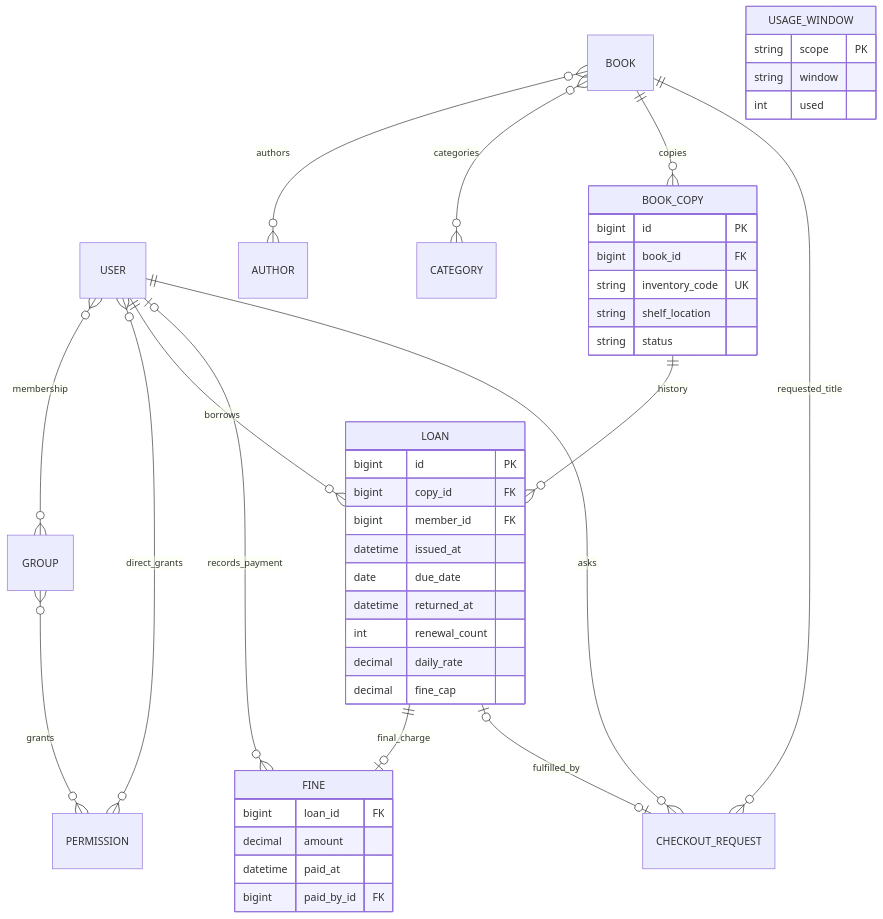
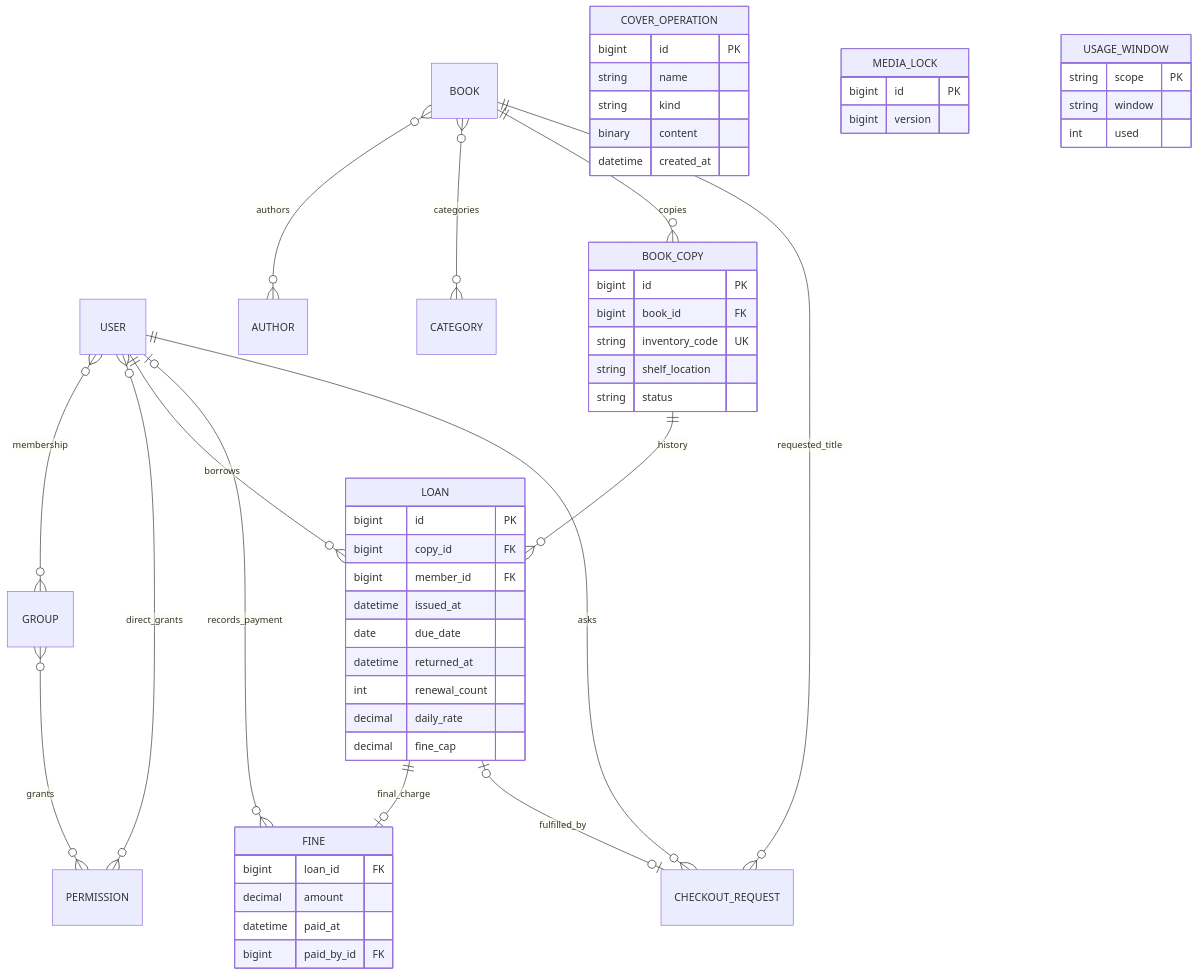
Before and after one commit to Aysimacil/library-management-system: the diagram in docs/er-diagram.md, drawn with Mermaid. The commit also changed other lines of this file and 2 other files, not shown here.

Commit message:
fix: constrain persistent cover queue entries and document storage schema

````diff
--- a/docs/er-diagram.md
+++ b/docs/er-diagram.md
@@ -3,45 +3,56 @@
 ```mermaid
 erDiagram
     USER }o--o{ GROUP : membership
     GROUP }o--o{ PERMISSION : grants
     USER }o--o{ PERMISSION : direct_grants
     BOOK }o--o{ AUTHOR : authors
     BOOK }o--o{ CATEGORY : categories
     BOOK ||--o{ BOOK_COPY : copies
     USER ||--o{ LOAN : borrows
     BOOK_COPY ||--o{ LOAN : history
     LOAN ||--o| FINE : final_charge
     USER o|--o{ FINE : records_payment
     USER ||--o{ CHECKOUT_REQUEST : asks
     BOOK ||--o{ CHECKOUT_REQUEST : requested_title
     LOAN o|--o| CHECKOUT_REQUEST : fulfilled_by
     BOOK_COPY {
         bigint id PK
         bigint book_id FK
         string inventory_code UK
         string shelf_location
         string status
     }
     LOAN {
         bigint id PK
         bigint copy_id FK
         bigint member_id FK
         datetime issued_at
         date due_date
         datetime returned_at
         int renewal_count
         decimal daily_rate
         decimal fine_cap
     }
     FINE {
         bigint loan_id FK
         decimal amount
         datetime paid_at
         bigint paid_by_id FK
     }
+    COVER_OPERATION {
+        bigint id PK
+        string name
+        string kind
+        binary content
+        datetime created_at
+    }
+    MEDIA_LOCK {
+        bigint id PK
+        bigint version
+    }
     USAGE_WINDOW {
         string scope PK
         string window
         int used
     }
 ```
````
